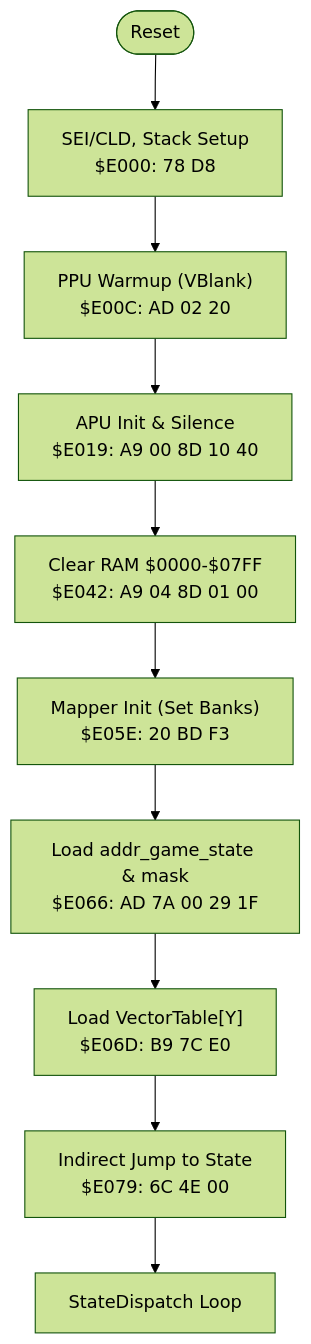
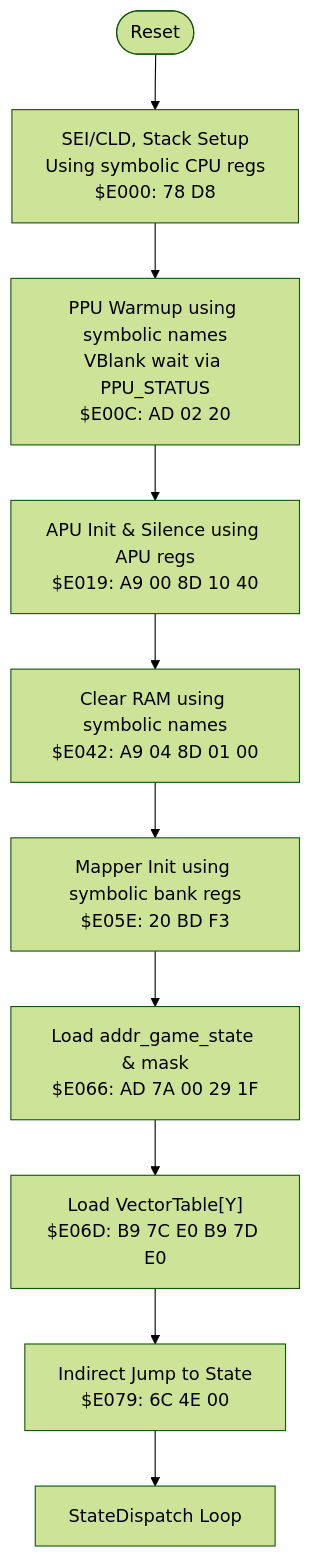
One commit to rabbyzero/sango2dasm changed the fourth of 9 diagrams in .qoder/repowiki/en/content/Assembly Architecture/Assembly Architecture.md. Above: the diagram before and after it, drawn with Mermaid (forest theme). The commit also changed other lines of this file and 23 other files, not shown here.

Commit message:
functions global naming. start bank $17$18.

````diff
--- a/.qoder/repowiki/en/content/Assembly Architecture/Assembly Architecture.md
+++ b/.qoder/repowiki/en/content/Assembly Architecture/Assembly Architecture.md
@@ -187,12 +187,12 @@
 ```mermaid
 flowchart TD
-START(["Reset"]) --> INITCPU["SEI/CLD, Stack Setup<br/>$E000: 78 D8"]
-INITCPU --> PPUWARM["PPU Warmup (VBlank)<br/>$E00C: AD 02 20"]
-PPUWARM --> APUCLEAR["APU Init & Silence<br/>$E019: A9 00 8D 10 40"]
-APUCLEAR --> RAMCLR["Clear RAM $0000-$07FF<br/>$E042: A9 04 8D 01 00"]
-RAMCLR --> MAPINIT["Mapper Init (Set Banks)<br/>$E05E: 20 BD F3"]
+START(["Reset"]) --> INITCPU["SEI/CLD, Stack Setup<br/>Using symbolic CPU regs<br/>$E000: 78 D8"]
+INITCPU --> PPUWARM["PPU Warmup using symbolic names<br/>VBlank wait via PPU_STATUS<br/>$E00C: AD 02 20"]
+PPUWARM --> APUCLEAR["APU Init & Silence using APU regs<br/>$E019: A9 00 8D 10 40"]
+APUCLEAR --> RAMCLR["Clear RAM using symbolic names<br/>$E042: A9 04 8D 01 00"]
+RAMCLR --> MAPINIT["Mapper Init using symbolic bank regs<br/>$E05E: 20 BD F3"]
 MAPINIT --> READSTATE["Load addr_game_state & mask<br/>$E066: AD 7A 00 29 1F"]
-READSTATE --> LOADVEC["Load VectorTable[Y]<br/>$E06D: B9 7C E0"]
+READSTATE --> LOADVEC["Load VectorTable[Y]<br/>$E06D: B9 7C E0 B9 7D E0"]
 LOADVEC --> DISPATCH["Indirect Jump to State<br/>$E079: 6C 4E 00"]
 DISPATCH --> LOOP["StateDispatch Loop"]
 ```
````
